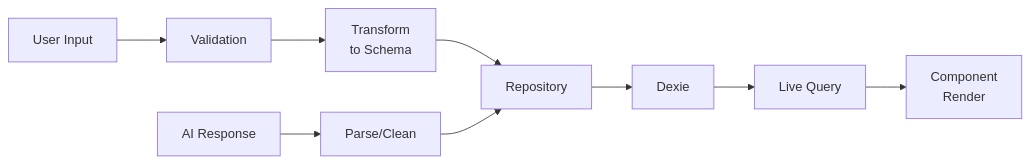
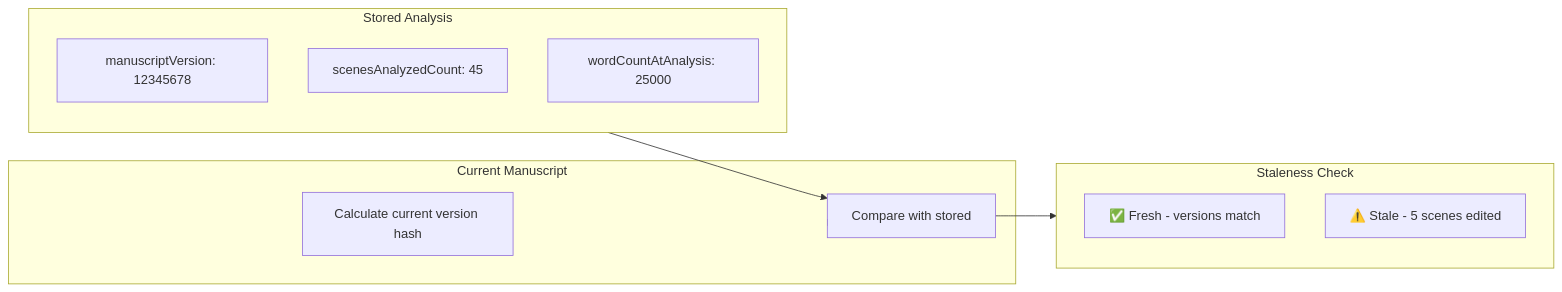
Diagram 14 of 22 in docs/architecture_doc.md (Sai-Roopesh/becomeAnAuthor), drawn with Mermaid before and after one commit. The commit also changed other lines of this file and 42 other files, not shown here.

````diff
--- a/docs/architecture_doc.md
+++ b/docs/architecture_doc.md
@@ -456,13 +636,22 @@
 ```mermaid
 flowchart LR
-    Input["User Input"] --> Validation["Validation"]
-    Validation --> Transform["Transform<br/>to Schema"]
-    Transform --> Repo["Repository"]
-    
-    Repo --> DB["Dexie"]
-    DB --> Query["Live Query"]
-    Query --> Render["Component<br/>Render"]
-    
-    AI["AI Response"] --> Parse["Parse/Clean"]
-    Parse --> Repo
+    subgraph Analysis["Stored Analysis"]
+        ManuscriptVersion["manuscriptVersion: 12345678"]
+        ScenesAnalyzed["scenesAnalyzedCount: 45"]
+        WordCount["wordCountAtAnalysis: 25000"]
+    end
+
+    subgraph Current["Current Manuscript"]
+        CalcVersion["Calculate current version hash"]
+        Compare["Compare with stored"]
+    end
+
+    subgraph Status["Staleness Check"]
+        Fresh["✅ Fresh - versions match"]
+        Stale["⚠️ Stale - 5 scenes edited"]
+    end
+
+    Analysis --> Compare
+    Current --> Compare
+    Compare --> Status
 ```
````
